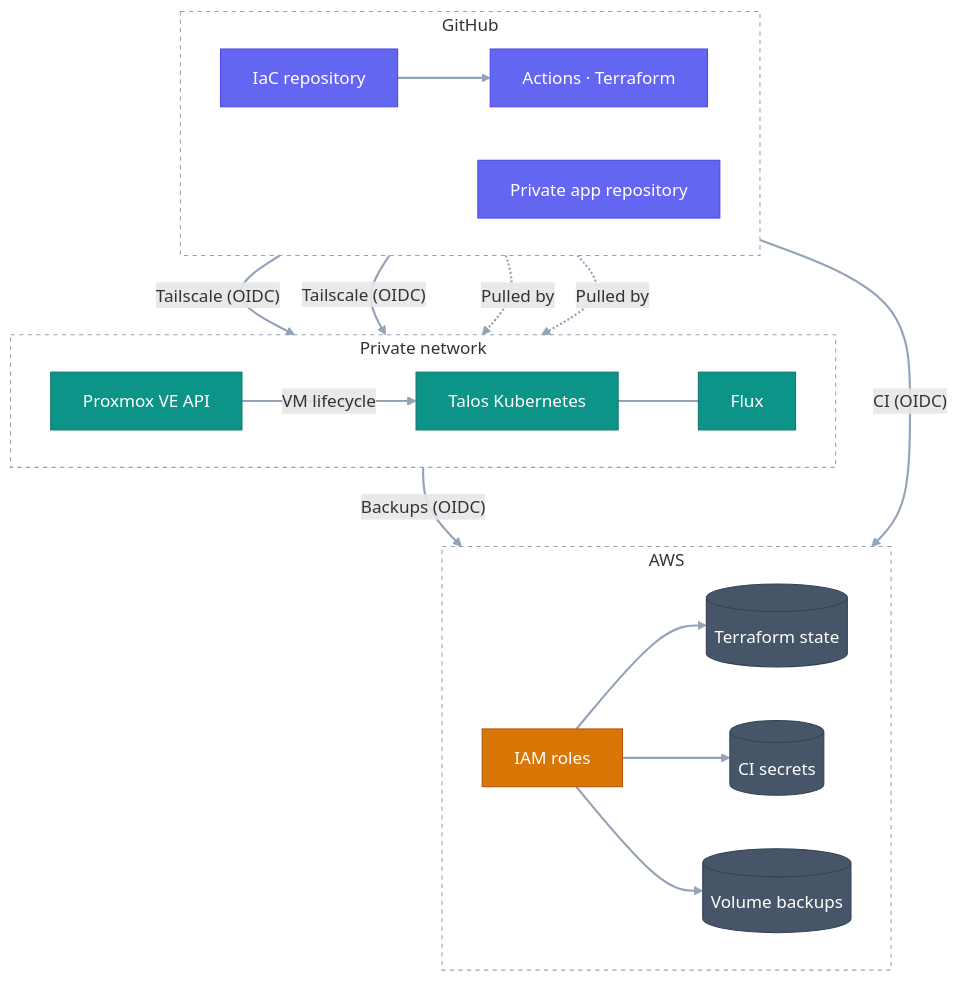
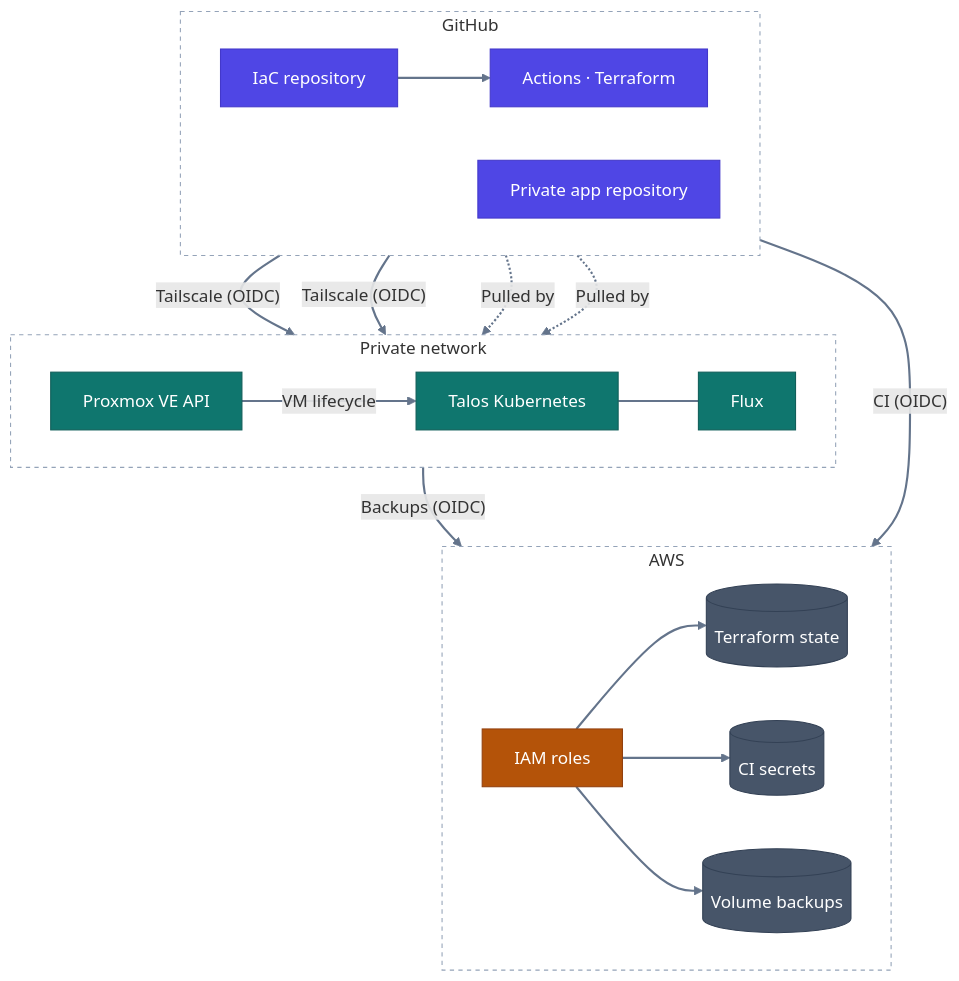
One commit to rauland/iac changed the diagram in README.md. Above: the diagram before and after it, drawn with Mermaid.

Commit message:
Darken the architecture diagram's colours to meet WCAG contrast
White text on every box now reaches at least 5:1, and edges at least 3:1 on
light and dark themes.

Claude-Session: https://claude.ai/code/session_01GaWU1W6epJg7bgDswMPmiT

````diff
--- a/README.md
+++ b/README.md
@@ -31,42 +31,42 @@
 ```mermaid
 flowchart TB
     subgraph github["GitHub"]
         direction LR
         repo["IaC repository"] --> actions["Actions · Terraform"]
         apps["Private app repository"]
     end
 
     subgraph homelab["Private network"]
         direction LR
         proxmox["Proxmox VE API"] -->|VM lifecycle| talos["Talos Kubernetes"]
         talos --- flux["Flux"]
     end
 
     subgraph aws["AWS"]
         direction LR
         iam["IAM roles"] --> state[("Terraform state")]
         iam --> ssm[("CI secrets")]
         iam --> backups[("Volume backups")]
     end
 
     actions -->|"Tailscale (OIDC)"| proxmox
     actions -->|"Tailscale (OIDC)"| talos
     actions -->|"CI (OIDC)"| iam
     talos -->|"Backups (OIDC)"| iam
     repo -.->|Pulled by| flux
     apps -.->|Pulled by| flux
 
-    classDef source fill:#6366F1,stroke:#4F46E5,color:#FFFFFF
-    classDef runtime fill:#0D9488,stroke:#0F766E,color:#FFFFFF
-    classDef identity fill:#D97706,stroke:#B45309,color:#FFFFFF
+    classDef source fill:#4F46E5,stroke:#4338CA,color:#FFFFFF
+    classDef runtime fill:#0F766E,stroke:#115E59,color:#FFFFFF
+    classDef identity fill:#B45309,stroke:#92400E,color:#FFFFFF
     classDef data fill:#475569,stroke:#334155,color:#FFFFFF
     classDef group fill:none,stroke:#94A3B8,stroke-dasharray:4 4
 
     class repo,apps,actions source
     class proxmox,talos,flux runtime
     class iam identity
     class state,ssm,backups data
     class github,homelab,aws group
 
-    linkStyle default stroke:#94A3B8,stroke-width:2px
+    linkStyle default stroke:#64748B,stroke-width:2px
 ```
````
